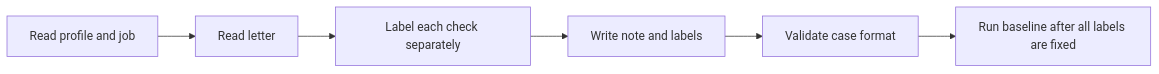
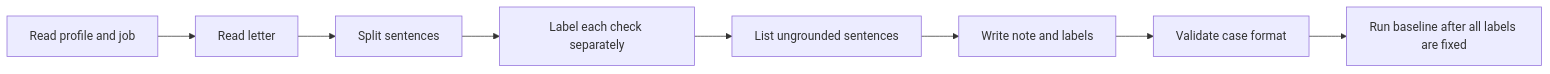
The diagram in apps/backend-py/tests/fixtures/eval/grounding/README.md (neoncircuit/job-raider), drawn with Mermaid before and after one commit. The commit also changed other lines of this file and 4 other files, not shown here.

First line of the commit message:
feat(eval): add sentence-level ungrounded labels, split, and suite scoring.

````diff
--- a/apps/backend-py/tests/fixtures/eval/grounding/README.md
+++ b/apps/backend-py/tests/fixtures/eval/grounding/README.md
@@ -8,8 +8,10 @@
 ```mermaid
 flowchart LR
     P[Read profile and job] --> L[Read letter]
-    L --> E[Label each check separately]
-    E --> N[Write note and labels]
+    L --> S[Split sentences]
+    S --> E[Label each check separately]
+    E --> U[List ungrounded sentences]
+    U --> N[Write note and labels]
     N --> V[Validate case format]
     V --> B[Run baseline after all labels are fixed]
 ```
````
